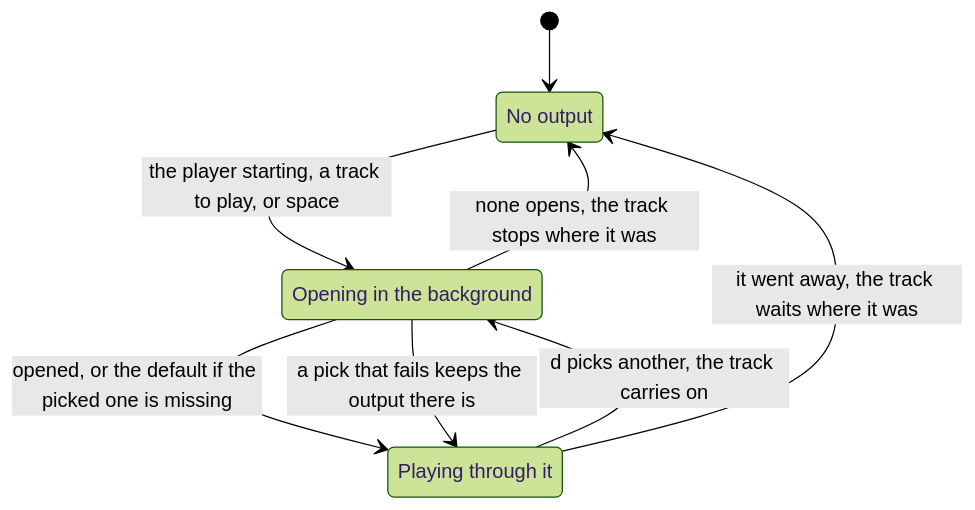
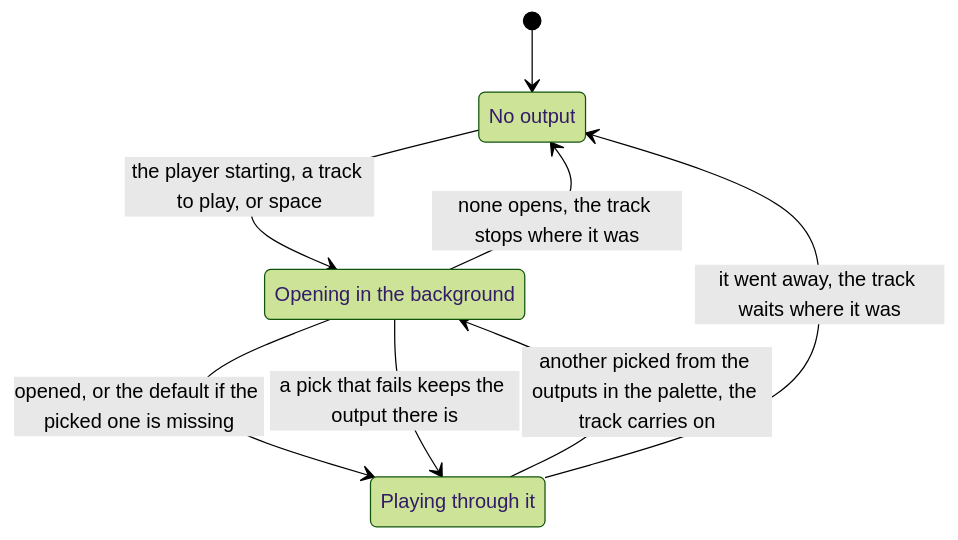
Before and after one commit to cutenode/localnetwork: diagram 17 of 21 in apps/locallibrary/docs/diagrams/player.md, drawn with Mermaid (forest theme). The commit also changed other lines of this file and 186 other files, not shown here.

````diff
--- a/apps/locallibrary/docs/diagrams/player.md
+++ b/apps/locallibrary/docs/diagrams/player.md
@@ -304,13 +375,13 @@
 ```mermaid
 stateDiagram-v2
     state "No output" as None
     state "Opening in the background" as Opening
     state "Playing through it" as Open
     [*] --> None
     None --> Opening: the player starting, a track to play, or space
     Opening --> Open: opened, or the default if the picked one is missing
     Opening --> None: none opens, the track stops where it was
-    Open --> Opening: d picks another, the track carries on
+    Open --> Opening: another picked from the outputs in the palette, the track carries on
     Opening --> Open: a pick that fails keeps the output there is
     Open --> None: it went away, the track waits where it was
 ```
````
